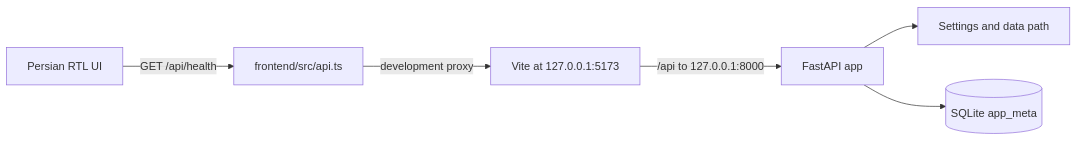
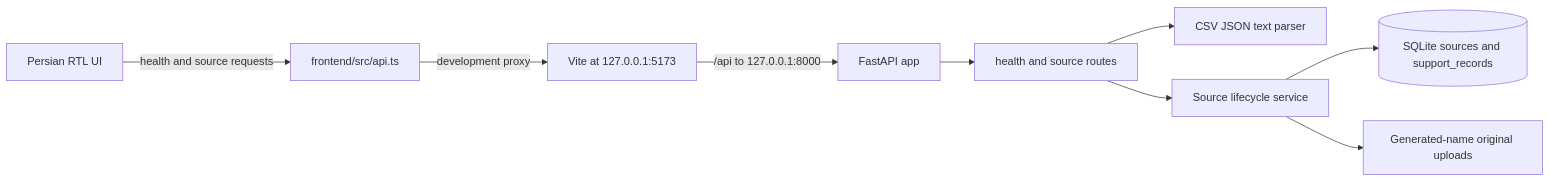
The diagram in docs/CODE_MAP.md (mortazavian/support-recall), drawn with Mermaid before and after one commit. The commit also changed other lines of this file and 8 other files, not shown here.

````diff
--- a/docs/CODE_MAP.md
+++ b/docs/CODE_MAP.md
@@ -7,8 +7,11 @@
 ```mermaid
 flowchart LR
-    Browser[Persian RTL UI] -->|GET /api/health| Client[frontend/src/api.ts]
+    Browser[Persian RTL UI] -->|health and source requests| Client[frontend/src/api.ts]
     Client -->|development proxy| Vite[Vite at 127.0.0.1:5173]
     Vite -->|/api to 127.0.0.1:8000| API[FastAPI app]
-    API --> Settings[Settings and data path]
-    API --> SQLite[(SQLite app_meta)]
+    API --> Routes[health and source routes]
+    Routes --> Parser[CSV JSON text parser]
+    Routes --> Service[Source lifecycle service]
+    Service --> SQLite[(SQLite sources and support_records)]
+    Service --> Uploads[Generated-name original uploads]
 ```
````
